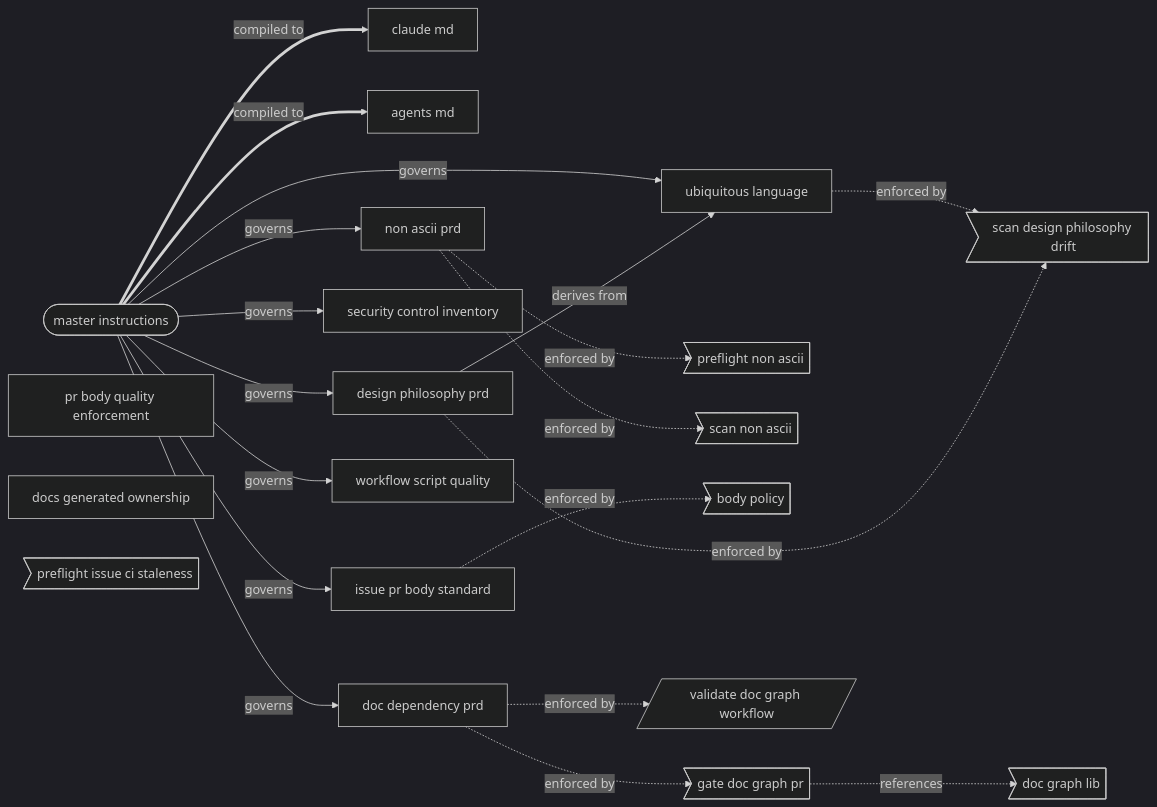
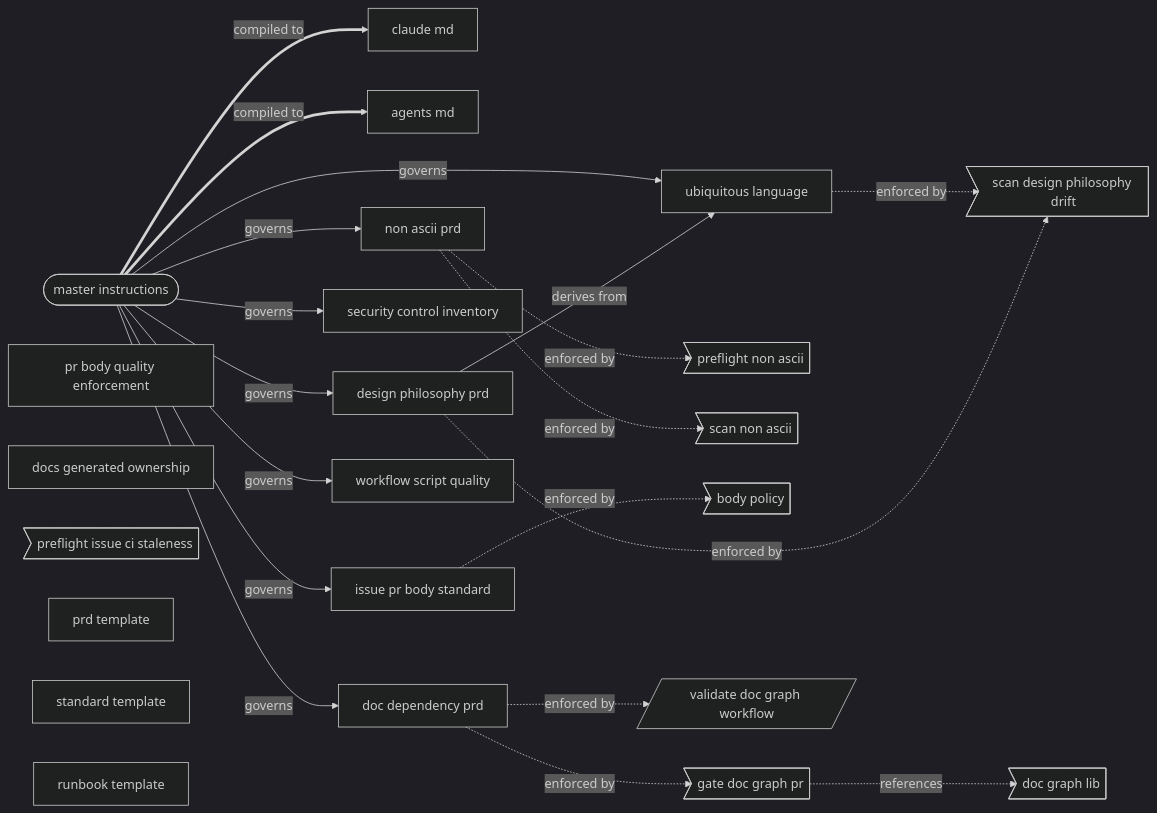
The diagram in docs/generated/graph/doc-dependency-graph.md (tvna/claude-md), drawn with Mermaid (dark theme) before and after one commit. The commit also changed other lines of this file, not shown here.

Commit message:
docs(generated): regenerate decision tree and workflow diagrams
Refs #960

````diff
--- a/docs/generated/graph/doc-dependency-graph.md
+++ b/docs/generated/graph/doc-dependency-graph.md
@@ -8,41 +8,44 @@
 ```mermaid
 flowchart LR
     master_instructions(["master instructions"])
     claude_md["claude md"]
     agents_md["agents md"]
     design_philosophy_prd["design philosophy prd"]
     non_ascii_prd["non ascii prd"]
     security_control_inventory["security control inventory"]
     issue_pr_body_standard["issue pr body standard"]
     workflow_script_quality["workflow script quality"]
     pr_body_quality_enforcement["pr body quality enforcement"]
     doc_dependency_prd["doc dependency prd"]
     ubiquitous_language["ubiquitous language"]
     scan_design_philosophy_drift>"scan design philosophy drift"]
     preflight_non_ascii>"preflight non ascii"]
     scan_non_ascii>"scan non ascii"]
     body_policy>"body policy"]
     gate_doc_graph_pr>"gate doc graph pr"]
     doc_graph_lib>"doc graph lib"]
     validate_doc_graph_workflow[/"validate doc graph workflow"/]
     docs_generated_ownership["docs generated ownership"]
     preflight_issue_ci_staleness>"preflight issue ci staleness"]
+    prd_template["prd template"]
+    standard_template["standard template"]
+    runbook_template["runbook template"]
     master_instructions ==>|compiled to| claude_md
     master_instructions ==>|compiled to| agents_md
     master_instructions -->|governs| design_philosophy_prd
     master_instructions -->|governs| non_ascii_prd
     master_instructions -->|governs| security_control_inventory
     master_instructions -->|governs| issue_pr_body_standard
     master_instructions -->|governs| workflow_script_quality
     master_instructions -->|governs| doc_dependency_prd
     master_instructions -->|governs| ubiquitous_language
     design_philosophy_prd -->|derives from| ubiquitous_language
     ubiquitous_language -.->|enforced by| scan_design_philosophy_drift
     design_philosophy_prd -.->|enforced by| scan_design_philosophy_drift
     non_ascii_prd -.->|enforced by| preflight_non_ascii
     non_ascii_prd -.->|enforced by| scan_non_ascii
     issue_pr_body_standard -.->|enforced by| body_policy
     doc_dependency_prd -.->|enforced by| gate_doc_graph_pr
     doc_dependency_prd -.->|enforced by| validate_doc_graph_workflow
     gate_doc_graph_pr -.->|references| doc_graph_lib
 ```
````
